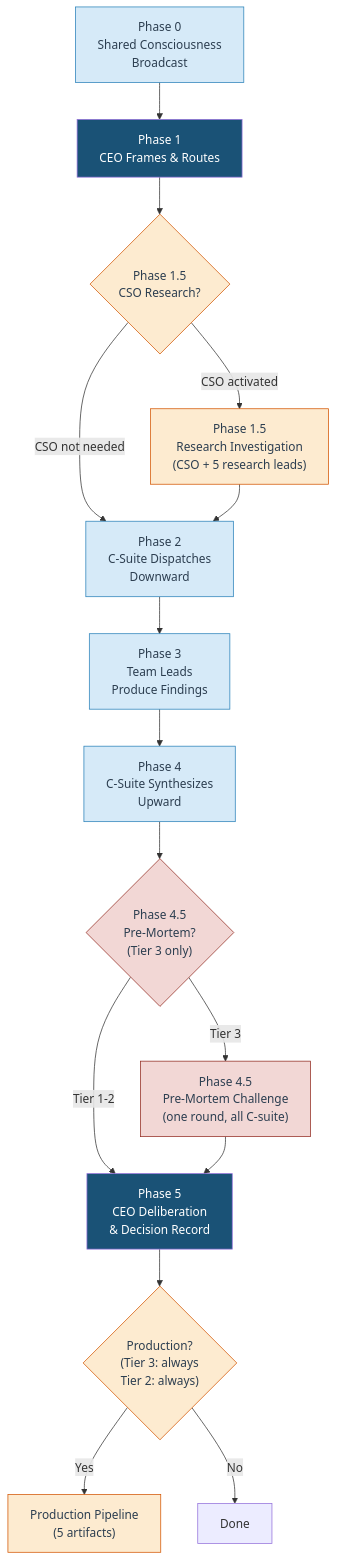
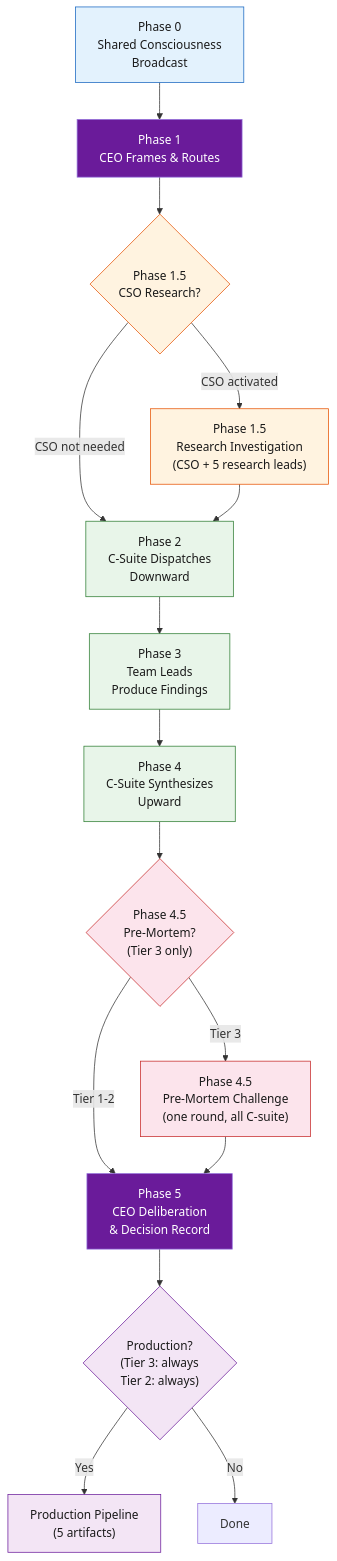
Before and after one commit to apatheticus/corporate-decision-panel: the fourth of 8 diagrams in docs/README.md, drawn with Mermaid. The commit also changed other lines of this file and 6 other files, not shown here.

````diff
--- a/docs/README.md
+++ b/docs/README.md
@@ -1058,43 +436,43 @@
 ```mermaid
 flowchart TD
     P0["Phase 0\nShared Consciousness\nBroadcast"]
     P1["Phase 1\nCEO Frames & Routes"]
     P15{"Phase 1.5\nCSO Research?"}
     P15Y["Phase 1.5\nResearch Investigation\n(CSO + 5 research leads)"]
     P2["Phase 2\nC-Suite Dispatches\nDownward"]
     P3["Phase 3\nTeam Leads\nProduce Findings"]
     P4["Phase 4\nC-Suite Synthesizes\nUpward"]
     P45{"Phase 4.5\nPre-Mortem?\n(Tier 3 only)"}
     P45Y["Phase 4.5\nPre-Mortem Challenge\n(one round, all C-suite)"]
     P5["Phase 5\nCEO Deliberation\n& Decision Record"]
     PROD{"Production?\n(Tier 3: always\nTier 2: always)"}
     PRODY["Production Pipeline\n(5 artifacts)"]
 
     P0 --> P1
     P1 --> P15
     P15 -->|CSO activated| P15Y
     P15 -->|CSO not needed| P2
     P15Y --> P2
     P2 --> P3
     P3 --> P4
     P4 --> P45
     P45 -->|Tier 3| P45Y
     P45 -->|Tier 1-2| P5
     P45Y --> P5
     P5 --> PROD
     PROD -->|Yes| PRODY
     PROD -->|No| END["Done"]
 
-    style P0 fill:#D6EAF8,stroke:#2980B9,color:#2C3E50
-    style P1 fill:#1A5276,color:#fff
-    style P15 fill:#FDEBD0,stroke:#D35400,color:#2C3E50
-    style P15Y fill:#FDEBD0,stroke:#D35400,color:#2C3E50
-    style P2 fill:#D6EAF8,stroke:#2980B9,color:#2C3E50
-    style P3 fill:#D6EAF8,stroke:#2980B9,color:#2C3E50
-    style P4 fill:#D6EAF8,stroke:#2980B9,color:#2C3E50
-    style P45 fill:#F2D7D5,stroke:#922B21,color:#2C3E50
-    style P45Y fill:#F2D7D5,stroke:#922B21,color:#2C3E50
-    style P5 fill:#1A5276,color:#fff
-    style PROD fill:#FDEBD0,stroke:#D35400,color:#2C3E50
-    style PRODY fill:#FDEBD0,stroke:#D35400,color:#2C3E50
+    style P0 fill:#e3f2fd,stroke:#1565c0,color:#1a1a1a
+    style P1 fill:#6a1b9a,color:#fff
+    style P15 fill:#fff3e0,stroke:#e65100,color:#1a1a1a
+    style P15Y fill:#fff3e0,stroke:#e65100,color:#1a1a1a
+    style P2 fill:#e8f5e9,stroke:#2e7d32,color:#1a1a1a
+    style P3 fill:#e8f5e9,stroke:#2e7d32,color:#1a1a1a
+    style P4 fill:#e8f5e9,stroke:#2e7d32,color:#1a1a1a
+    style P45 fill:#fce4ec,stroke:#c62828,color:#1a1a1a
+    style P45Y fill:#fce4ec,stroke:#c62828,color:#1a1a1a
+    style P5 fill:#6a1b9a,color:#fff
+    style PROD fill:#f3e5f5,stroke:#6a1b9a,color:#1a1a1a
+    style PRODY fill:#f3e5f5,stroke:#6a1b9a,color:#1a1a1a
 ```
````
